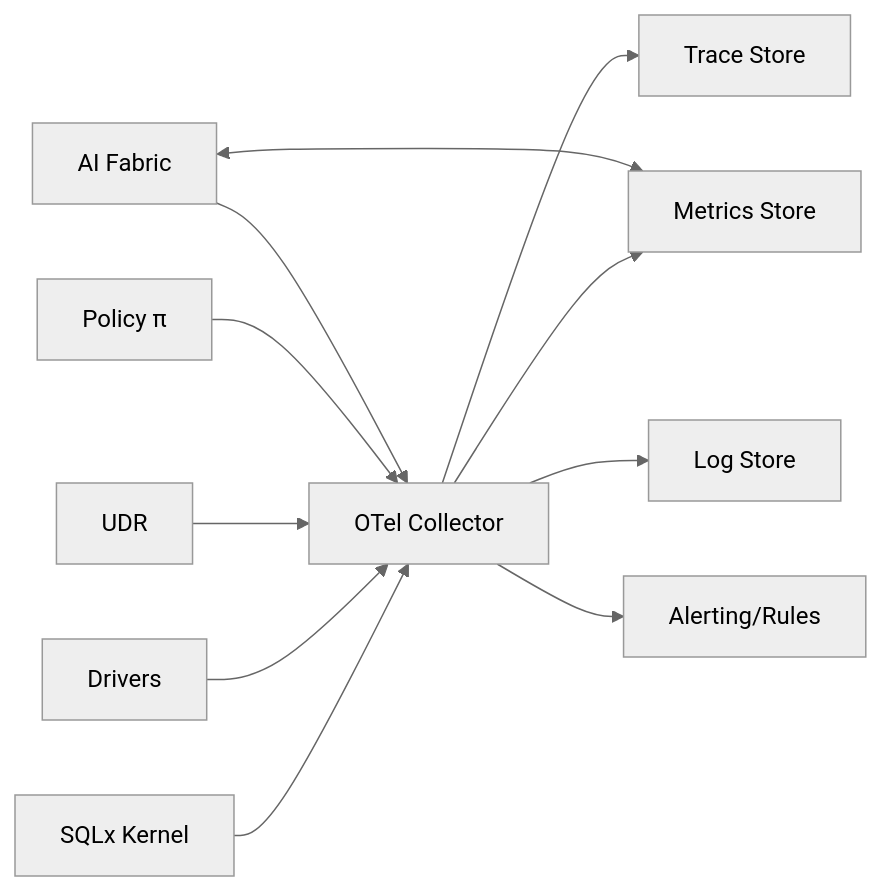
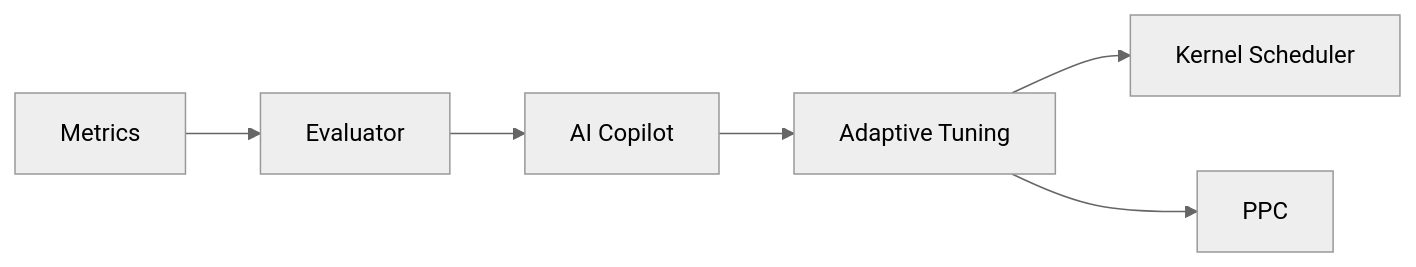
Before and after one commit to 8140spitt/NuBlox-SQLx-OS: the diagram in docs/specs/observability/SQLx-Observability-and-SLOs-v4.0.md, drawn with Mermaid (neutral theme). The commit also changed other lines of this file and 23 other files, not shown here.

````diff
--- a/docs/specs/observability/SQLx-Observability-and-SLOs-v4.0.md
+++ b/docs/specs/observability/SQLx-Observability-and-SLOs-v4.0.md
@@ -24,13 +203,8 @@
 ```mermaid
 flowchart LR
-    KRN[SQLx Kernel] --> OTL[OTel Collector]
-    DRV[Drivers] --> OTL
-    UDR[UDR] --> OTL
-    POL[Policy π] --> OTL
-    AIF[AI Fabric] --> OTL
-    OTL --> MET[Metrics Store]
-    OTL --> TRC[Trace Store]
-    OTL --> LOG[Log Store]
-    OTL --> ALA[Alerting/Rules]
-    AIF <--> MET
+    MET[Metrics] --> EVA[Evaluator]
+    EVA --> COP[AI Copilot]
+    COP --> ACT[Adaptive Tuning]
+    ACT --> KRN[Kernel Scheduler]
+    ACT --> PPC
 ```
````
